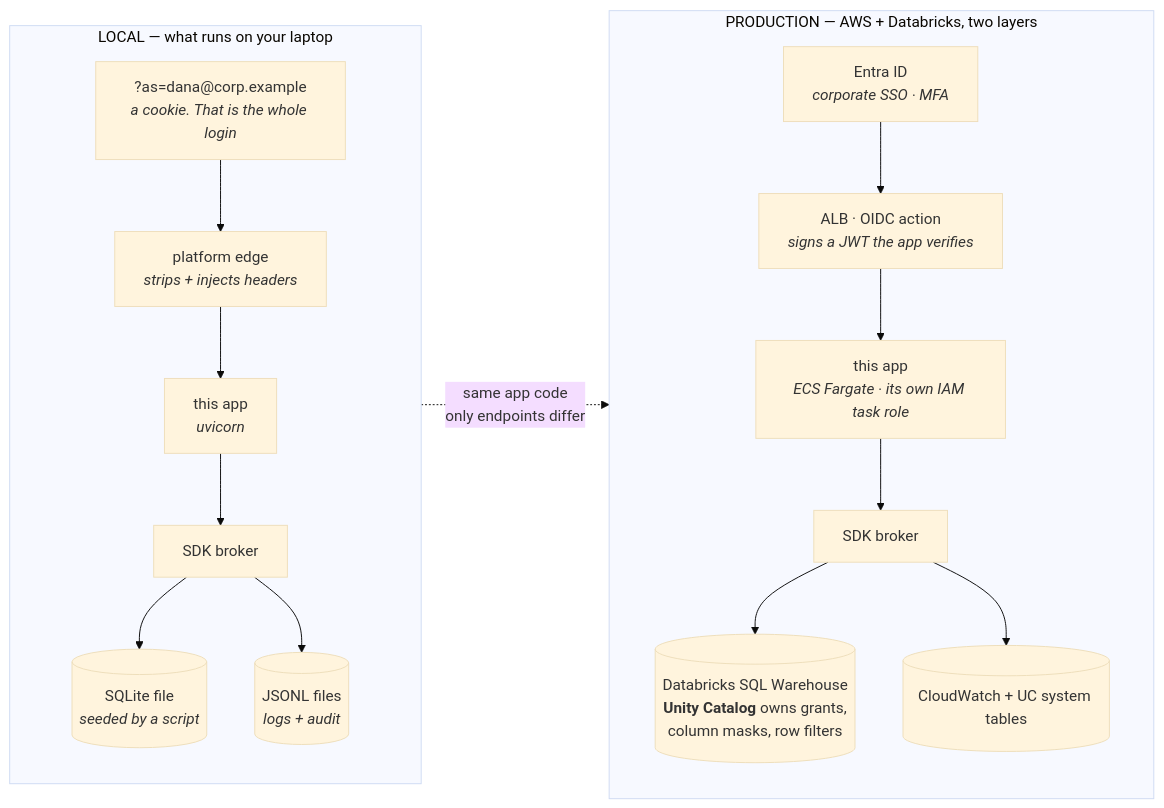
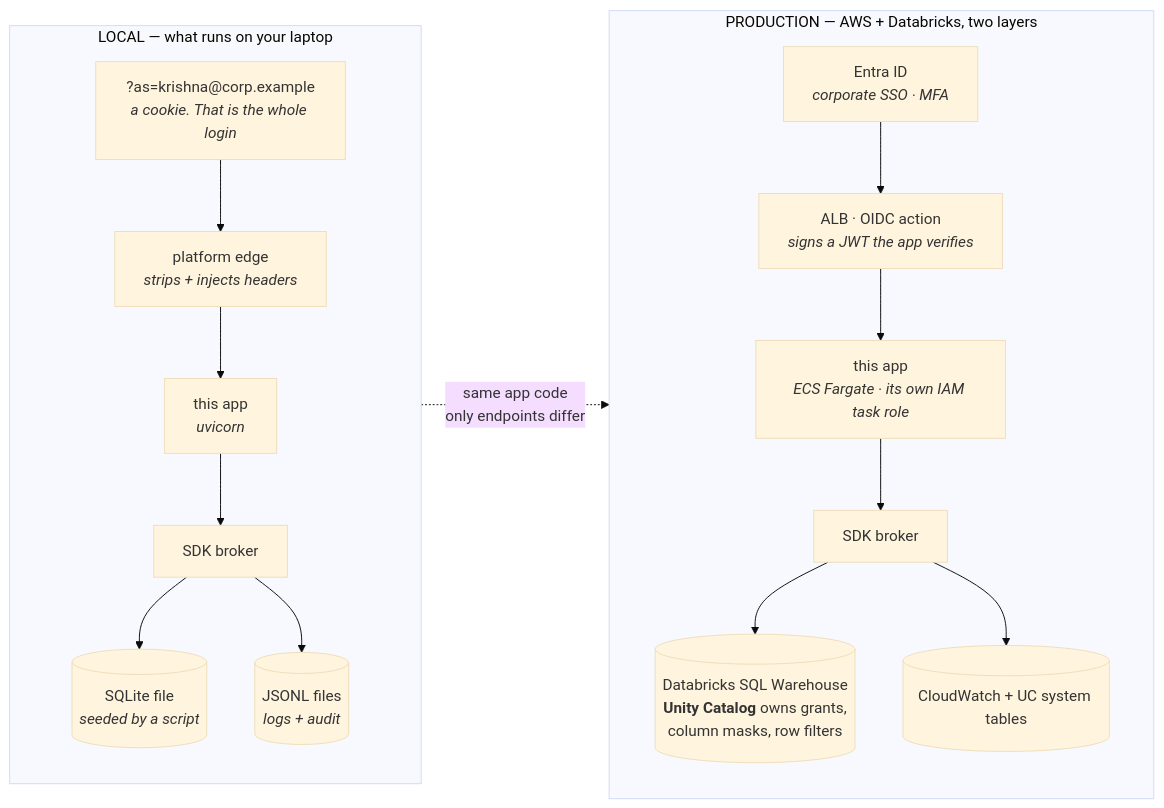
Before and after one commit to KRISHNABR/insights-headcount-dashboard: the second of 3 diagrams in README.md, drawn with Mermaid (base theme). The commit also changed other lines of this file, not shown here.

First line of the commit message:
Rename the demo user Dana Okafor to Krishna Murari

````diff
--- a/README.md
+++ b/README.md
@@ -162,30 +162,30 @@
 ```mermaid
 flowchart LR
   subgraph L["LOCAL — what runs on your laptop"]
     direction TB
-    L1["?as=dana@corp.example<br/><i>a cookie. That is the whole login</i>"]
+    L1["?as=krishna@corp.example<br/><i>a cookie. That is the whole login</i>"]
     L2["platform edge<br/><i>strips + injects headers</i>"]
     L3["this app<br/><i>uvicorn</i>"]
     L4["SDK broker"]
     L5[("SQLite file<br/><i>seeded by a script</i>")]
     L6[("JSONL files<br/><i>logs + audit</i>")]
     L1 --> L2 --> L3 --> L4
     L4 --> L5
     L4 --> L6
   end
 
   subgraph P["PRODUCTION — AWS + Databricks, two layers"]
     direction TB
     P1["Entra ID<br/><i>corporate SSO · MFA</i>"]
     P2["ALB · OIDC action<br/><i>signs a JWT the app verifies</i>"]
     P3["this app<br/><i>ECS Fargate · its own IAM task role</i>"]
     P4["SDK broker"]
     P5[("Databricks SQL Warehouse<br/><b>Unity Catalog</b> owns grants,<br/>column masks, row filters")]
     P6[("CloudWatch + UC system tables")]
     P1 --> P2 --> P3 --> P4
     P4 --> P5
     P4 --> P6
   end
 
   L -.->|"same app code<br/>only endpoints differ"| P
 ```
````
